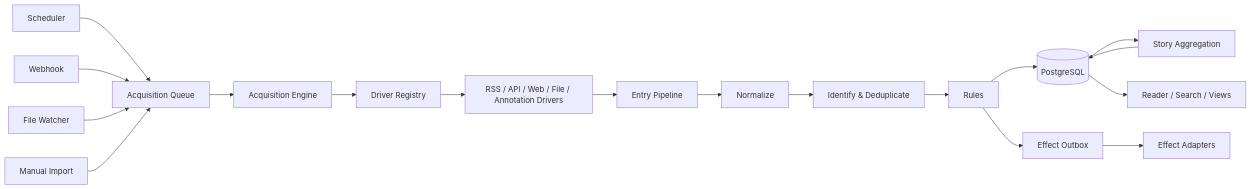
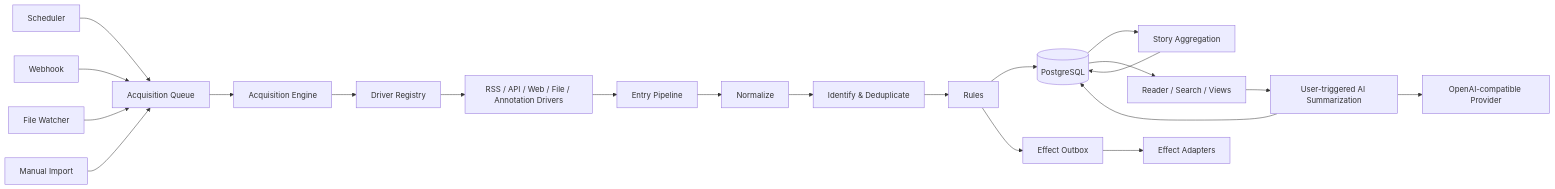
One commit to catwenlabs/pulse changed the diagram in docs/architecture.md. Above: the diagram before and after it, drawn with Mermaid. The commit also changed other lines of this file and 37 other files, not shown here.

````diff
--- a/docs/architecture.md
+++ b/docs/architecture.md
@@ -19,21 +19,24 @@
 ```mermaid
 flowchart LR
     S["Scheduler"] --> Q["Acquisition Queue"]
     W["Webhook"] --> Q
     F["File Watcher"] --> Q
     M["Manual Import"] --> Q
 
     Q --> E["Acquisition Engine"]
     E --> D["Driver Registry"]
     D --> X["RSS / API / Web / File / Annotation Drivers"]
     X --> P["Entry Pipeline"]
     P --> N["Normalize"]
     N --> U["Identify & Deduplicate"]
     U --> R["Rules"]
     R --> DB[("PostgreSQL")]
     DB --> G["Story Aggregation"]
     G --> DB
     R --> O["Effect Outbox"]
     O --> A["Effect Adapters"]
     DB --> UI["Reader / Search / Views"]
+    UI --> AI["User-triggered AI Summarization"]
+    AI --> DB
+    AI --> AP["OpenAI-compatible Provider"]
 ```
````
